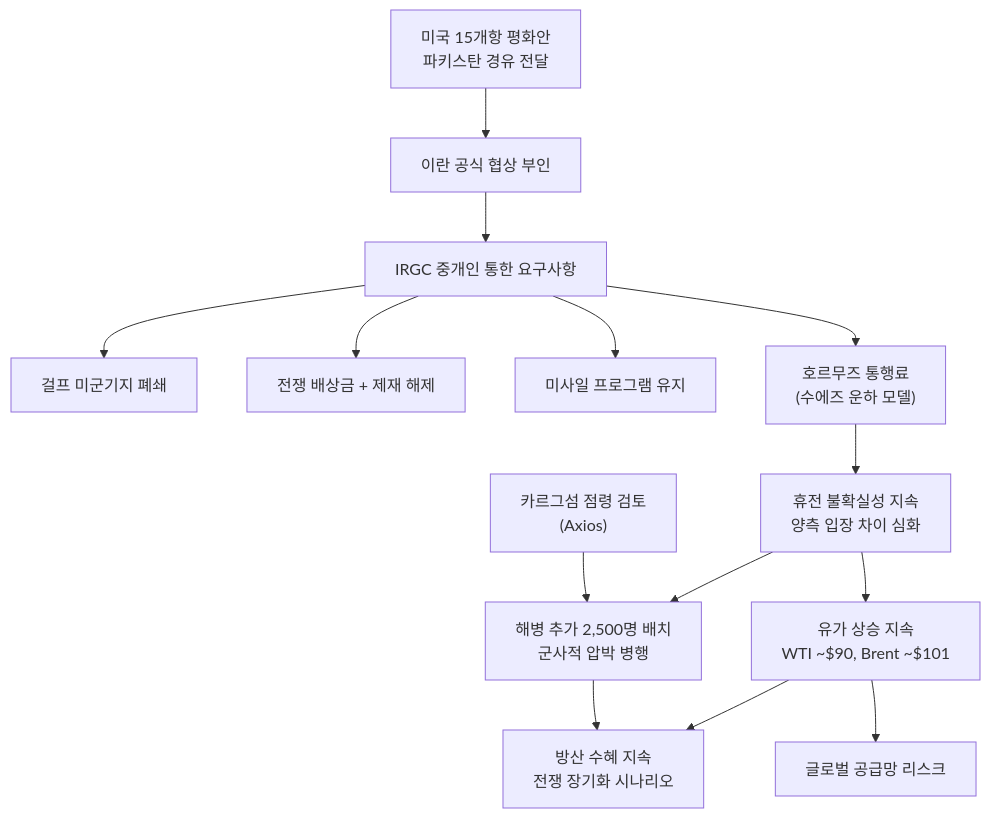
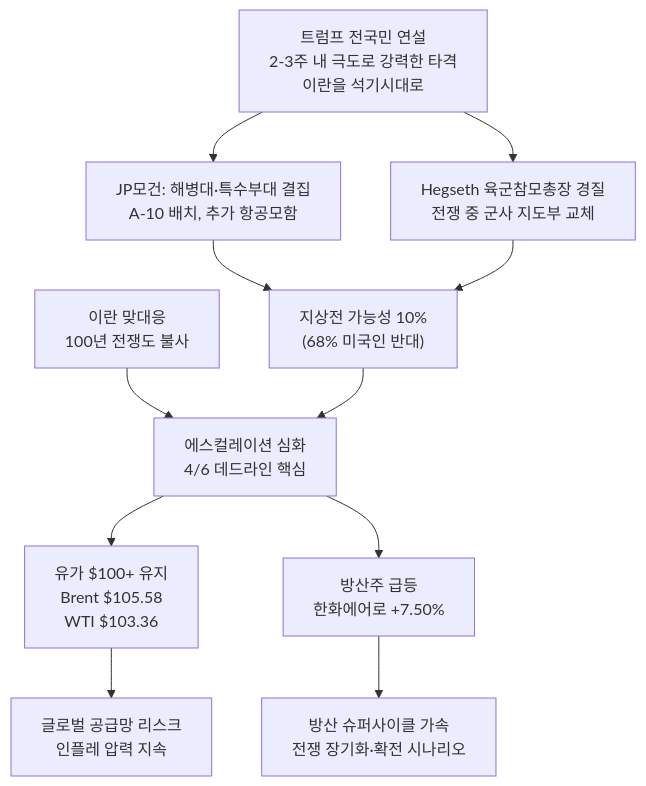
One commit to dss99911/dss99911.github.io changed the sixth of 7 diagrams in _posts/knowledge/invest/2026-02-28-defense-space-sector-outlook-2026.md. Above: the diagram before and after it, drawn with Mermaid. The commit also changed other lines of this file and 5 other files, not shown here.

Commit message:
투자 데일리 트랙킹 4/3: TurboQuant 충격, 트럼프 에스컬레이션, 테슬라 Q1 miss

````diff
--- a/_posts/knowledge/invest/2026-02-28-defense-space-sector-outlook-2026.md
+++ b/_posts/knowledge/invest/2026-02-28-defense-space-sector-outlook-2026.md
@@ -364,19 +379,17 @@
 ```mermaid
 graph TD
-    A["미국 15개항 평화안<br/>파키스탄 경유 전달"] --> B["이란 공식 협상 부인"]
-    B --> C["IRGC 중개인 통한 요구사항"]
-    C --> C1["걸프 미군기지 폐쇄"]
-    C --> C2["전쟁 배상금 + 제재 해제"]
-    C --> C3["미사일 프로그램 유지"]
-    C --> C4["호르무즈 통행료<br/>#40;수에즈 운하 모델#41;"]
+    A["트럼프 전국민 연설<br/>2-3주 내 극도로 강력한 타격<br/>이란을 석기시대로"] --> B["JP모건: 해병대·특수부대 결집<br/>A-10 배치, 추가 항공모함"]
+    A --> C["Hegseth 육군참모총장 경질<br/>전쟁 중 군사 지도부 교체"]
 
-    C4 --> D["휴전 불확실성 지속<br/>양측 입장 차이 심화"]
-    D --> E["유가 상승 지속<br/>WTI ~$90, Brent ~$101"]
-    D --> F["해병 추가 2,500명 배치<br/>군사적 압박 병행"]
+    B --> D["지상전 가능성 10%<br/>#40;68% 미국인 반대#41;"]
+    C --> D
 
-    G["카르그섬 점령 검토<br/>#40;Axios#41;"] --> F
+    E["이란 맞대응<br/>100년 전쟁도 불사"] --> F["에스컬레이션 심화<br/>4/6 데드라인 핵심"]
+    D --> F
 
-    E --> H["방산 수혜 지속<br/>전쟁 장기화 시나리오"]
-    F --> H
-    E --> I["글로벌 공급망 리스크"]
+    F --> G["유가 $100+ 유지<br/>Brent $105.58<br/>WTI $103.36"]
+    F --> H["방산주 급등<br/>한화에어로 +7.50%"]
+
+    G --> I["글로벌 공급망 리스크<br/>인플레 압력 지속"]
+    H --> J["방산 슈퍼사이클 가속<br/>전쟁 장기화·확전 시나리오"]
 ```
````
